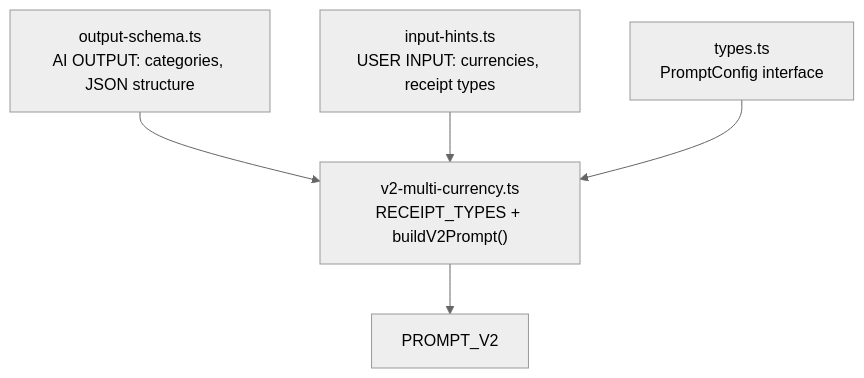
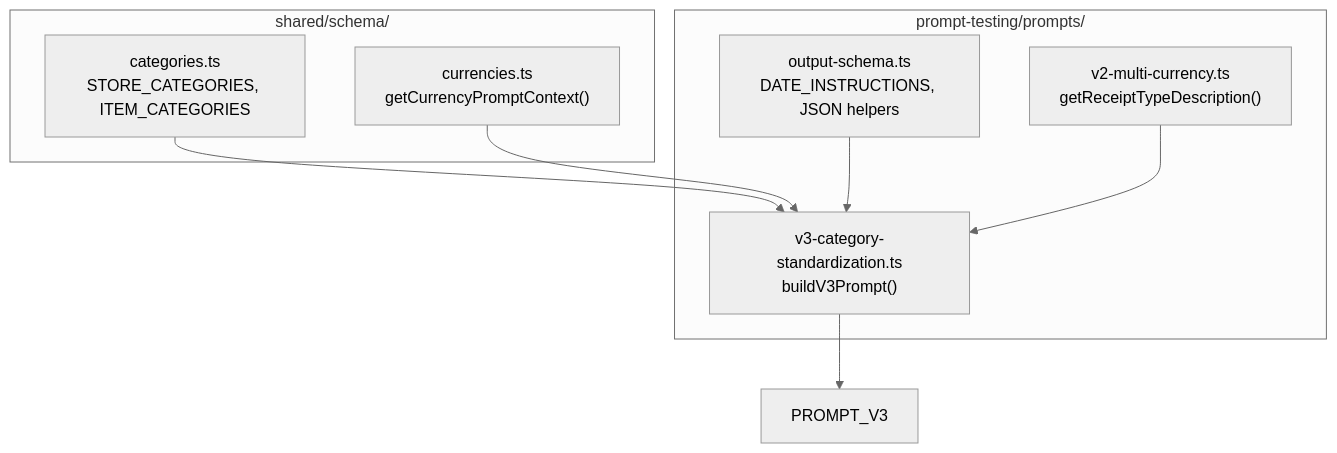
The second of 8 diagrams in prompt-testing/ARCHITECTURE.md (Brownbull/gmni_boletapp), drawn with Mermaid (neutral theme) before and after one commit. The commit also changed other lines of this file and 200 other files, not shown here.

````diff
--- a/prompt-testing/ARCHITECTURE.md
+++ b/prompt-testing/ARCHITECTURE.md
@@ -9,12 +41,19 @@
 ```mermaid
 flowchart TB
-    OUTPUT["output-schema.ts<br/>AI OUTPUT: categories, JSON structure"]
-    INPUT["input-hints.ts<br/>USER INPUT: currencies, receipt types"]
-    V2["v2-multi-currency.ts<br/>RECEIPT_TYPES + buildV2Prompt()"]
-    TYPES["types.ts<br/>PromptConfig interface"]
+    subgraph Schema["shared/schema/"]
+        CATS["categories.ts<br/>STORE_CATEGORIES, ITEM_CATEGORIES"]
+        CURR["currencies.ts<br/>getCurrencyPromptContext()"]
+    end
 
-    OUTPUT --> V2
-    INPUT --> V2
-    TYPES --> V2
-    V2 --> PROMPT["PROMPT_V2"]
+    subgraph Prompts["prompt-testing/prompts/"]
+        OUTPUT["output-schema.ts<br/>DATE_INSTRUCTIONS, JSON helpers"]
+        V2HELPERS["v2-multi-currency.ts<br/>getReceiptTypeDescription()"]
+        V3["v3-category-standardization.ts<br/>buildV3Prompt()"]
+    end
+
+    CATS --> V3
+    CURR --> V3
+    OUTPUT --> V3
+    V2HELPERS --> V3
+    V3 --> PROMPT_V3["PROMPT_V3"]
 ```
````
